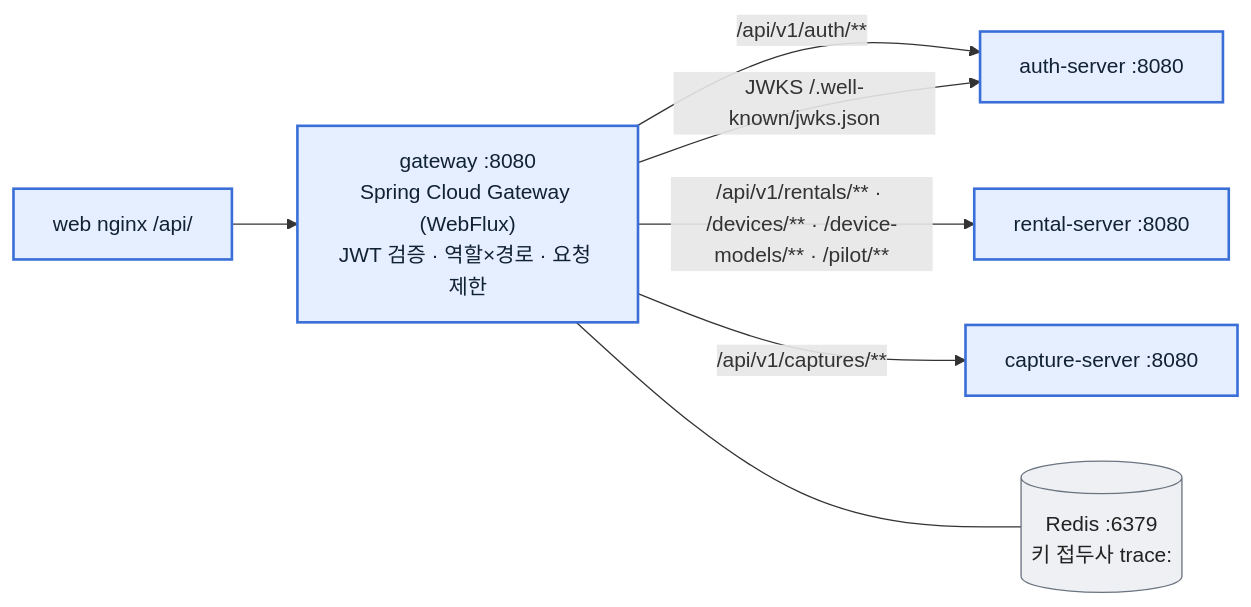
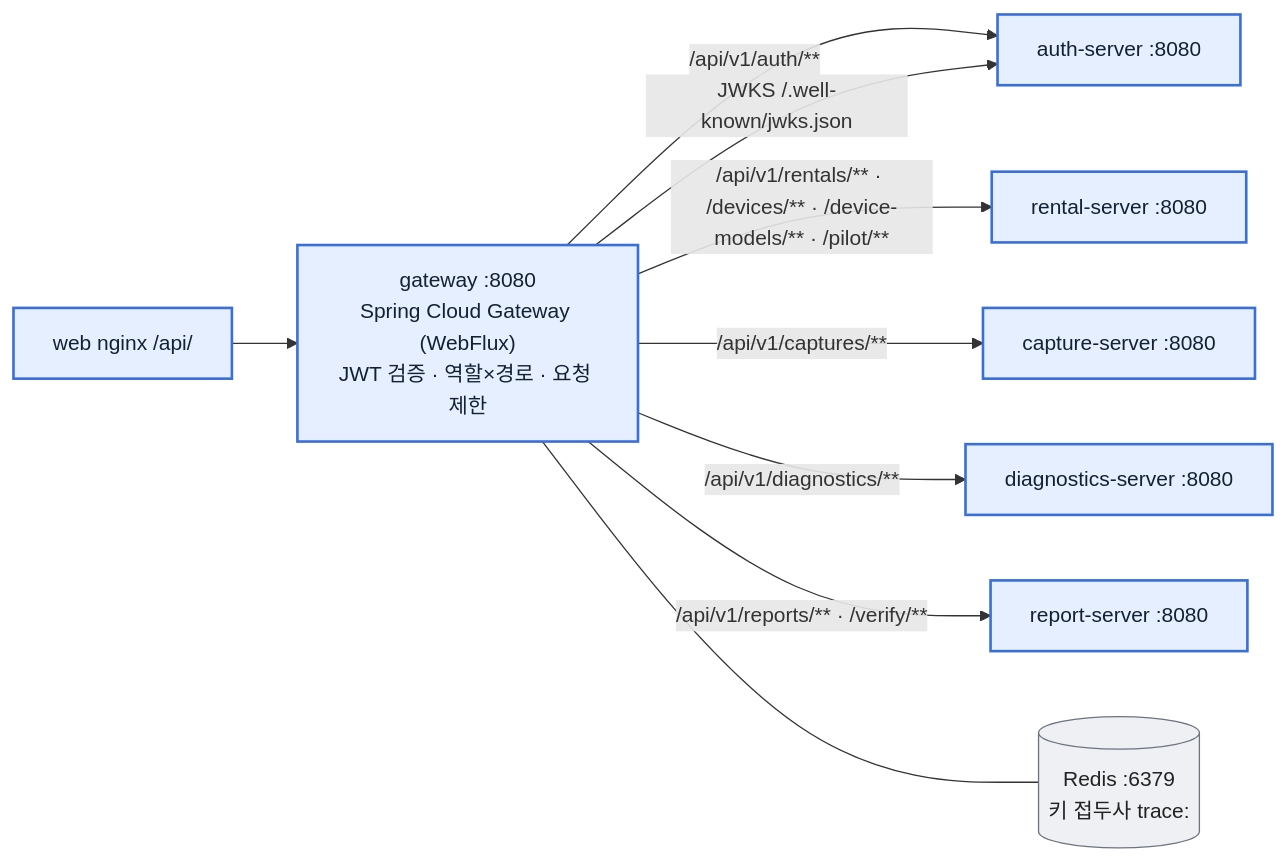
One commit to GAKDO/docs changed the second of 10 diagrams in mvp/02-services.md. Above: the diagram before and after it, drawn with Mermaid. The commit also changed other lines of this file and 28 other files, not shown here.

First line of the commit message:
docs: 11/8 전체 점검 — 요구사항 구현 감사표, ERD 35개 테이블, 아키텍처·API 문서를 코드에 맞춤 (#17)

````diff
--- a/mvp/02-services.md
+++ b/mvp/02-services.md
@@ -50,11 +55,13 @@
 ```mermaid
 flowchart LR
   classDef nophoto fill:#e6efff,stroke:#3b6fd8,stroke-width:2px,color:#123
   classDef infra fill:#eef0f3,stroke:#6b7480,color:#222
   w["web nginx /api/"]:::nophoto --> gw["gateway :8080<br/>Spring Cloud Gateway (WebFlux)<br/>JWT 검증 · 역할×경로 · 요청 제한"]:::nophoto
   gw -->|"/api/v1/auth/**"| a["auth-server :8080"]:::nophoto
   gw -->|"/api/v1/rentals/** · /devices/** · /device-models/** · /pilot/**"| r["rental-server :8080"]:::nophoto
   gw -->|"/api/v1/captures/**"| c["capture-server :8080"]:::nophoto
+  gw -->|"/api/v1/diagnostics/**"| d["diagnostics-server :8080"]:::nophoto
+  gw -->|"/api/v1/reports/** · /verify/**"| rp["report-server :8080"]:::nophoto
   gw -->|"JWKS /.well-known/jwks.json"| a
   gw --- redis[("Redis :6379<br/>키 접두사 trace:")]:::infra
 ```
````
